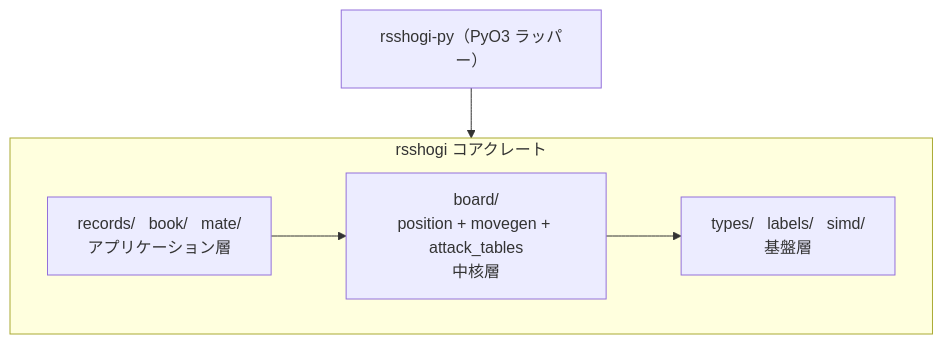
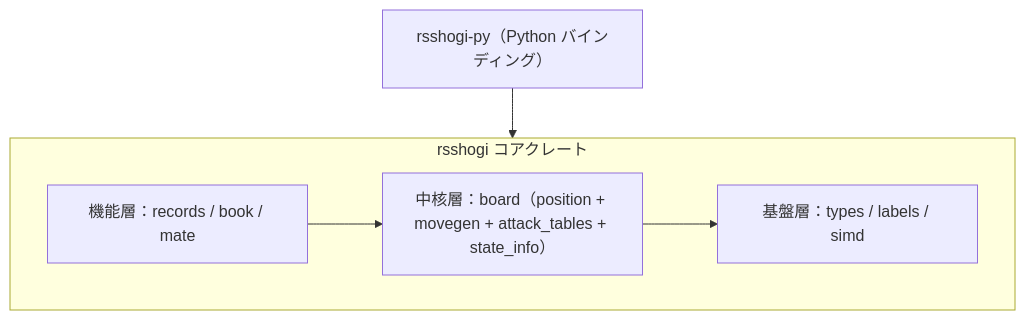
Before and after one commit to nyoki-mtl/rsshogi: the diagram in docs/book/src/architecture.md, drawn with Mermaid. The commit also changed other lines of this file and 75 other files, not shown here.

````diff
--- a/docs/book/src/architecture.md
+++ b/docs/book/src/architecture.md
@@ -37,12 +19,12 @@
 ```mermaid
-graph TB
-    PY["rsshogi-py（PyO3 ラッパー）"]
+flowchart TB
+    PY["rsshogi-py（Python バインディング）"]
     subgraph CORE["rsshogi コアクレート"]
-        APP["records/ &nbsp; book/ &nbsp; mate/<br/>アプリケーション層"]
-        BOARD["board/<br/>position + movegen + attack_tables<br/>中核層"]
-        BASE["types/ &nbsp; labels/ &nbsp; simd/<br/>基盤層"]
+        APP["機能層：records / book / mate"]
+        BOARD["中核層：board（position + movegen + attack_tables + state_info）"]
+        BASE["基盤層：types / labels / simd"]
         APP --> BOARD
         BOARD --> BASE
     end
     PY --> CORE
 ```
````
